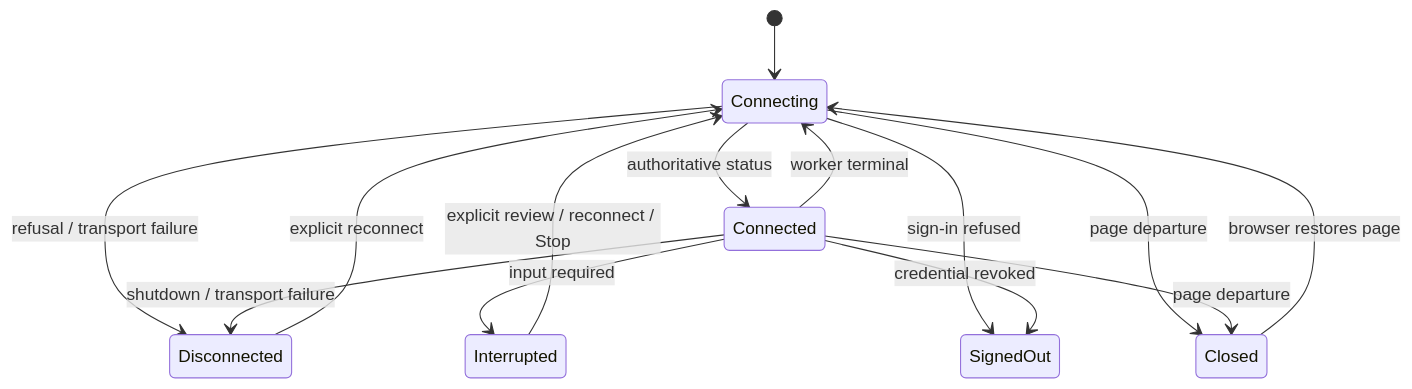
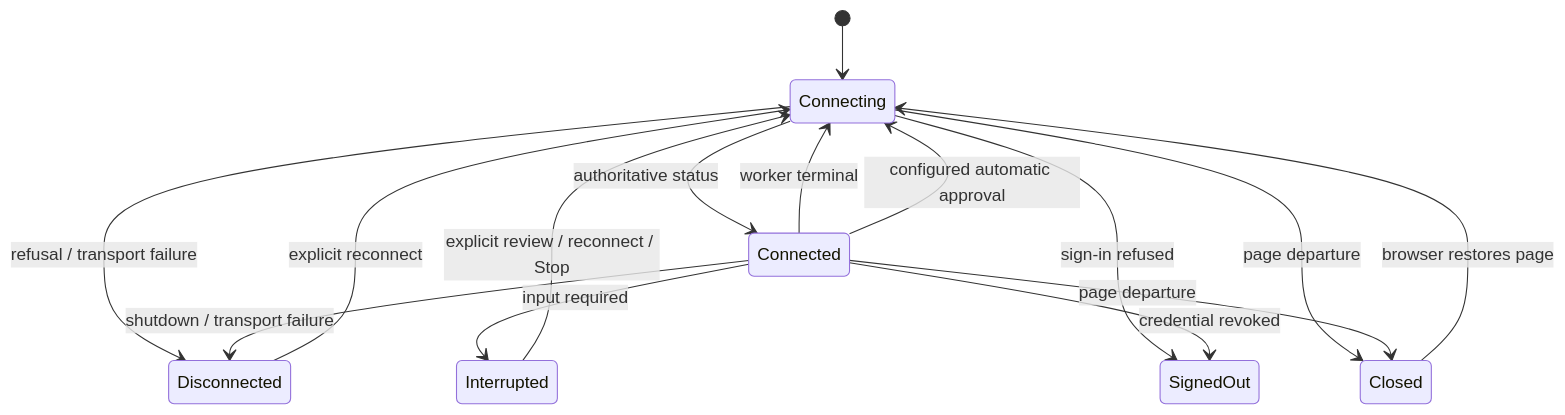
One commit to plurnk/plurnk-web changed the diagram in SPEC.md. Above: the diagram before and after it, drawn with Mermaid. The commit also changed other lines of this file and 17 other files, not shown here.

Commit message:
fix(web): honor configured browser approval mode (#40)

````diff
--- a/SPEC.md
+++ b/SPEC.md
@@ -283,16 +283,17 @@
 ```mermaid
 stateDiagram-v2
     [*] --> Connecting
     Connecting --> Connected: authoritative status
     Connected --> Connecting: worker terminal
+    Connected --> Connecting: configured automatic approval
     Connecting --> Disconnected: refusal / transport failure
     Connected --> Disconnected: shutdown / transport failure
     Connected --> Interrupted: input required
     Interrupted --> Connecting: explicit review / reconnect / Stop
     Disconnected --> Connecting: explicit reconnect
     Connecting --> SignedOut: sign-in refused
     Connected --> SignedOut: credential revoked
     Connecting --> Closed: page departure
     Connected --> Closed: page departure
     Closed --> Connecting: browser restores page
 ```
````
